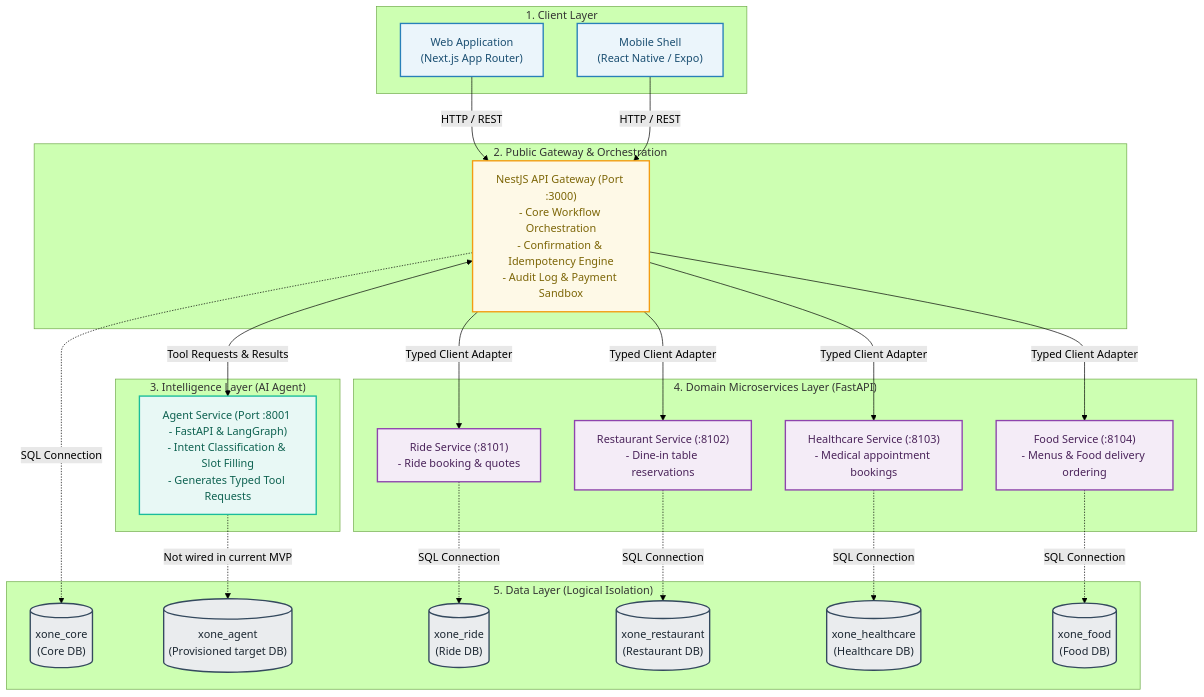
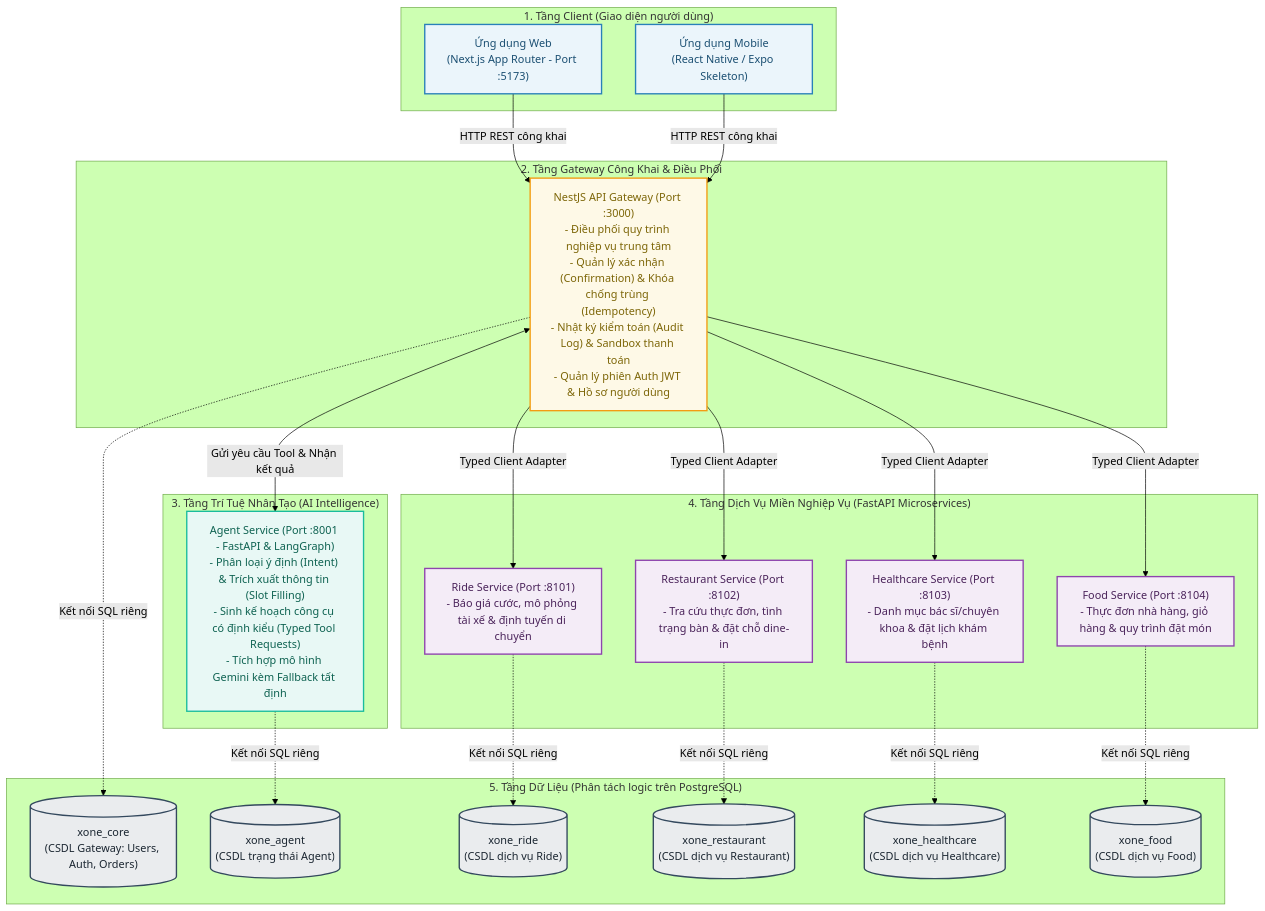
The diagram in docs/architecture/system-overview.md (codecuatai/P-018), drawn with Mermaid (forest theme) before and after one commit. The commit also changed other lines of this file and 71 other files, not shown here.

````diff
--- a/docs/architecture/system-overview.md
+++ b/docs/architecture/system-overview.md
@@ -18,54 +16,54 @@
 ```mermaid
 flowchart TB
     classDef client fill:#EBF5FB,stroke:#2980B9,stroke-width:2px,color:#1B4F72;
     classDef gateway fill:#FEF9E7,stroke:#F39C12,stroke-width:2px,color:#7D6608;
     classDef agent fill:#E8F8F5,stroke:#1ABC9C,stroke-width:2px,color:#0E6251;
     classDef domain fill:#F4ECF7,stroke:#8E44AD,stroke-width:2px,color:#4A235A;
     classDef database fill:#EAECEE,stroke:#34495E,stroke-width:2px,color:#1B2631;
 
-    subgraph ClientLayer["1. Client Layer"]
-        Web["Web Application\n(Next.js App Router)"]:::client
-        Mobile["Mobile Shell\n(React Native / Expo)"]:::client
+    subgraph ClientLayer["1. Tầng Client (Giao diện người dùng)"]
+        Web["Ứng dụng Web\n(Next.js App Router - Port :5173)"]:::client
+        Mobile["Ứng dụng Mobile\n(React Native / Expo Skeleton)"]:::client
     end
 
-    subgraph GatewayLayer["2. Public Gateway & Orchestration"]
-        Gateway["NestJS API Gateway (Port :3000)\n- Core Workflow Orchestration\n- Confirmation & Idempotency Engine\n- Audit Log & Payment Sandbox"]:::gateway
+    subgraph GatewayLayer["2. Tầng Gateway Công Khai & Điều Phối"]
+        Gateway["NestJS API Gateway (Port :3000)\n- Điều phối quy trình nghiệp vụ trung tâm\n- Quản lý xác nhận (Confirmation) & Khóa chống trùng (Idempotency)\n- Nhật ký kiểm toán (Audit Log) & Sandbox thanh toán\n- Quản lý phiên Auth JWT & Hồ sơ người dùng"]:::gateway
     end
 
-    subgraph AgentLayer["3. Intelligence Layer (AI Agent)"]
-        Agent["Agent Service (Port :8001 - FastAPI & LangGraph)\n- Intent Classification & Slot Filling\n- Generates Typed Tool Requests"]:::agent
+    subgraph AgentLayer["3. Tầng Trí Tuệ Nhân Tạo (AI Intelligence)"]
+        Agent["Agent Service (Port :8001 - FastAPI & LangGraph)\n- Phân loại ý định (Intent) & Trích xuất thông tin (Slot Filling)\n- Sinh kế hoạch công cụ có định kiểu (Typed Tool Requests)\n- Tích hợp mô hình Gemini kèm Fallback tất định"]:::agent
     end
 
-    subgraph DomainLayer["4. Domain Microservices Layer (FastAPI)"]
-        Ride["Ride Service (:8101)\n- Ride booking & quotes"]:::domain
-        Restaurant["Restaurant Service (:8102)\n- Dine-in table reservations"]:::domain
-        Healthcare["Healthcare Service (:8103)\n- Medical appointment bookings"]:::domain
-        Food["Food Service (:8104)\n- Menus & Food delivery ordering"]:::domain
+    subgraph DomainLayer["4. Tầng Dịch Vụ Miền Nghiệp Vụ (FastAPI Microservices)"]
+        Ride["Ride Service (Port :8101)\n- Báo giá cước, mô phỏng tài xế & định tuyến di chuyển"]:::domain
+        Restaurant["Restaurant Service (Port :8102)\n- Tra cứu thực đơn, tình trạng bàn & đặt chỗ dine-in"]:::domain
+        Healthcare["Healthcare Service (Port :8103)\n- Danh mục bác sĩ/chuyên khoa & đặt lịch khám bệnh"]:::domain
+        Food["Food Service (Port :8104)\n- Thực đơn nhà hàng, giỏ hàng & quy trình đặt món"]:::domain
     end
 
-    subgraph DataLayer["5. Data Layer (Logical Isolation)"]
-        CoreDB[("xone_core\n(Core DB)")]:::database
-        AgentDB[("xone_agent\n(Provisioned target DB)")]:::database
-        RideDB[("xone_ride\n(Ride DB)")]:::database
-        RestDB[("xone_restaurant\n(Restaurant DB)")]:::database
-        HealthDB[("xone_healthcare\n(Healthcare DB)")]:::database
-        FoodDB[("xone_food\n(Food DB)")]:::database
+    subgraph DataLayer["5. Tầng Dữ Liệu (Phân tách logic trên PostgreSQL)"]
+        CoreDB[("xone_core\n(CSDL Gateway: Users, Auth, Orders)")]:::database
+        AgentDB[("xone_agent\n(CSDL trạng thái Agent)")]:::database
+        RideDB[("xone_ride\n(CSDL dịch vụ Ride)")]:::database
+        RestDB[("xone_restaurant\n(CSDL dịch vụ Restaurant)")]:::database
+        HealthDB[("xone_healthcare\n(CSDL dịch vụ Healthcare)")]:::database
+        FoodDB[("xone_food\n(CSDL dịch vụ Food)")]:::database
     end
 
-    Web -->|HTTP / REST| Gateway
-    Mobile -->|HTTP / REST| Gateway
+    Web -->|HTTP REST công khai| Gateway
+    Mobile -->|HTTP REST công khai| Gateway
 
-    Gateway <-->|Tool Requests & Results| Agent
+    Gateway <-->|Gửi yêu cầu Tool & Nhận kết quả| Agent
 
     Gateway -->|Typed Client Adapter| Ride
     Gateway -->|Typed Client Adapter| Restaurant
     Gateway -->|Typed Client Adapter| Healthcare
     Gateway -->|Typed Client Adapter| Food
 
-    Gateway -.->|SQL Connection| CoreDB
-    Agent -.->|Not wired in current MVP| AgentDB
-    Ride -.->|SQL Connection| RideDB
-    Restaurant -.->|SQL Connection| RestDB
-    Healthcare -.->|SQL Connection| HealthDB
-    Food -.->|SQL Connection| FoodDB
+    Gateway -.->|Kết nối SQL riêng| CoreDB
+    Agent -.->|Kết nối SQL riêng| AgentDB
+    Ride -.->|Kết nối SQL riêng| RideDB
+    Restaurant -.->|Kết nối SQL riêng| RestDB
+    Healthcare -.->|Kết nối SQL riêng| HealthDB
+    Food -.->|Kết nối SQL riêng| FoodDB
 ```
````
